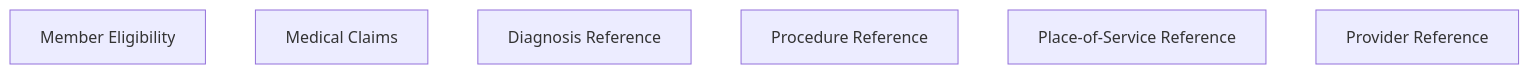
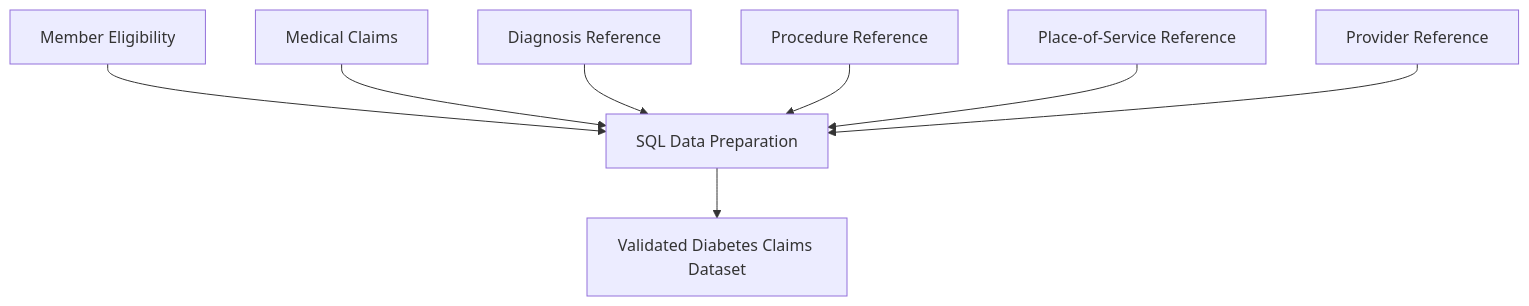
One commit to romankolegov/healthcare_claims_ai_analytics changed the diagram in README.md. Above: the diagram before and after it, drawn with Mermaid.

Commit message:
README.md

````diff
--- a/README.md
+++ b/README.md
@@ -16,9 +16,20 @@
 ```mermaid
 flowchart TD
     A[Member Eligibility]
     B[Medical Claims]
     C[Diagnosis Reference]
     D[Procedure Reference]
     E[Place-of-Service Reference]
     F[Provider Reference]
+
+    G[SQL Data Preparation]
+    H[Validated Diabetes Claims Dataset]
+
+    A --> G
+    B --> G
+    C --> G
+    D --> G
+    E --> G
+    F --> G
+    G --> H
 ```
````
